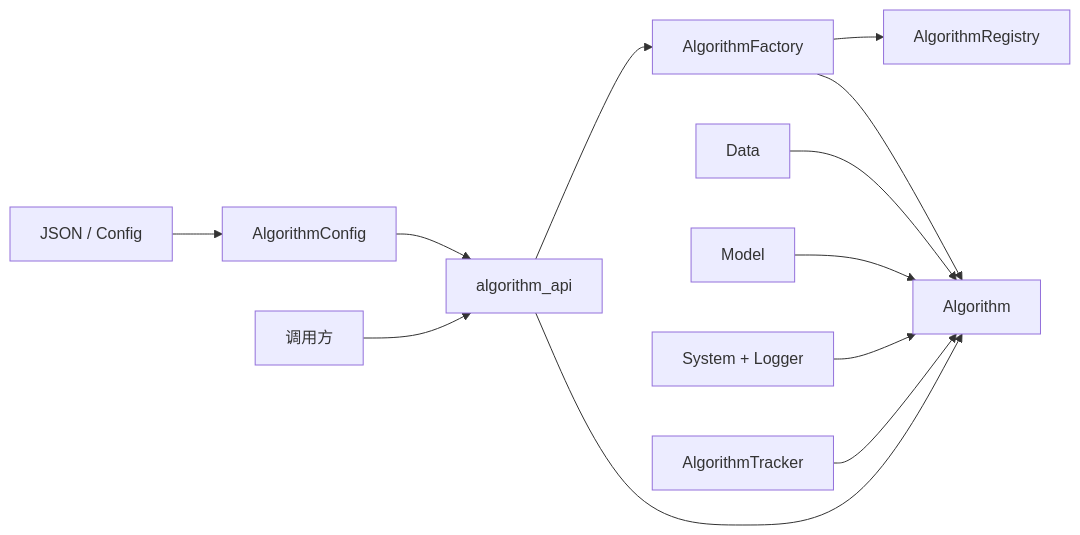
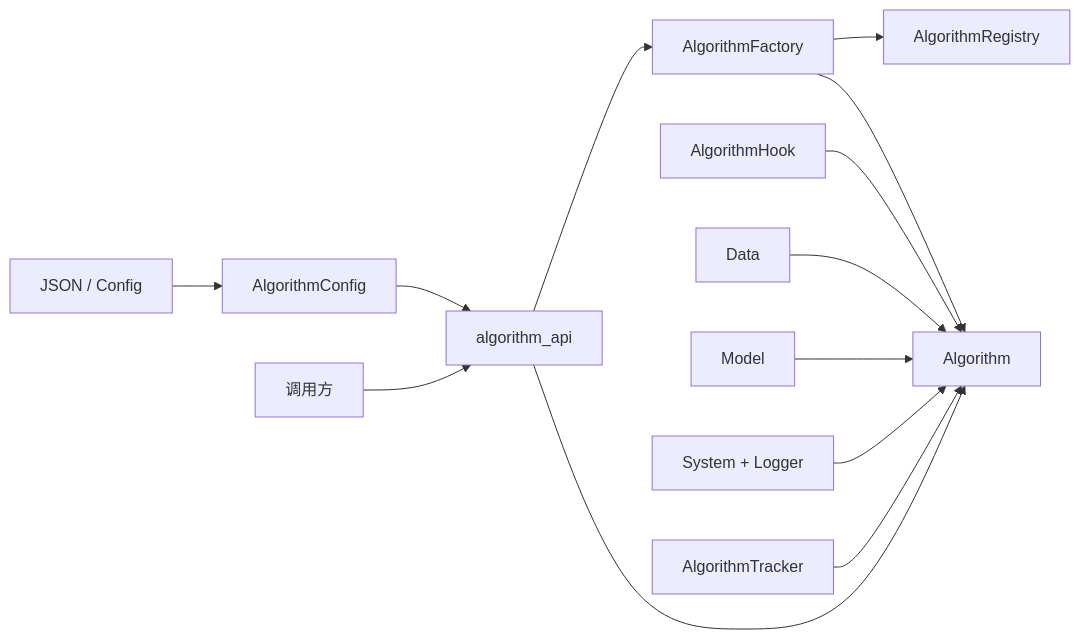
Before and after one commit to diaoenmao/RPipe: the third of 6 diagrams in docs/code_structure/structure.md, drawn with Mermaid. The commit also changed other lines of this file and 30 other files, not shown here.

````diff
--- a/docs/code_structure/structure.md
+++ b/docs/code_structure/structure.md
@@ -355,26 +356,28 @@
 ```mermaid
 flowchart LR
   json["JSON / Config"]
   cfg["AlgorithmConfig"]
   api["algorithm_api"]
   factory["AlgorithmFactory"]
   registry["AlgorithmRegistry"]
   algo["Algorithm"]
+  hook["AlgorithmHook"]
   dataObj["Data"]
   modelObj["Model"]
   systemObj["System + Logger"]
   tracker["AlgorithmTracker"]
   caller["调用方"]
 
   json --> cfg
   cfg --> api
   api --> factory
   factory --> registry
   factory --> algo
+  hook --> algo
   dataObj --> algo
   modelObj --> algo
   systemObj --> algo
   tracker --> algo
   caller --> api
   api --> algo
 ```
````
